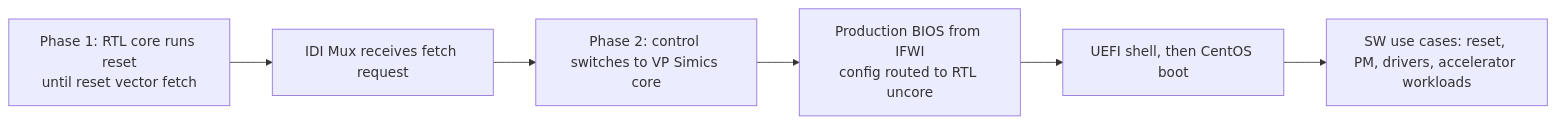
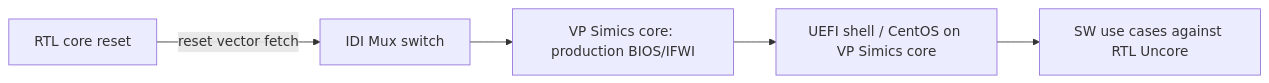
The diagram in docs/papers/ref-20261018-05e4-pre-silicon-validation-of-production-bios-software-use-cases.md (nemo99007/yt-paper), drawn with Mermaid before and after one commit. The commit also changed other lines of this file and 172 other files, not shown here.

````diff
--- a/docs/papers/ref-20261018-05e4-pre-silicon-validation-of-production-bios-software-use-cases.md
+++ b/docs/papers/ref-20261018-05e4-pre-silicon-validation-of-production-bios-software-use-cases.md
@@ -238,8 +199,7 @@
 ```mermaid
 flowchart LR
-  P1["Phase 1: RTL core runs reset<br/>until reset vector fetch"] --> M["IDI Mux receives fetch request"]
-  M --> P2["Phase 2: control switches to VP Simics core"]
-  P2 --> B["Production BIOS from IFWI<br/>config routed to RTL uncore"]
-  B --> U["UEFI shell, then CentOS boot"]
-  U --> W["SW use cases: reset, PM, drivers, accelerator workloads"]
+  A[RTL core reset] -->|reset vector fetch| B[IDI Mux switch]
+  B --> C[VP Simics core: production BIOS/IFWI]
+  C --> D[UEFI shell / CentOS on VP Simics core]
+  D --> E[SW use cases against RTL Uncore]
 ```
````
